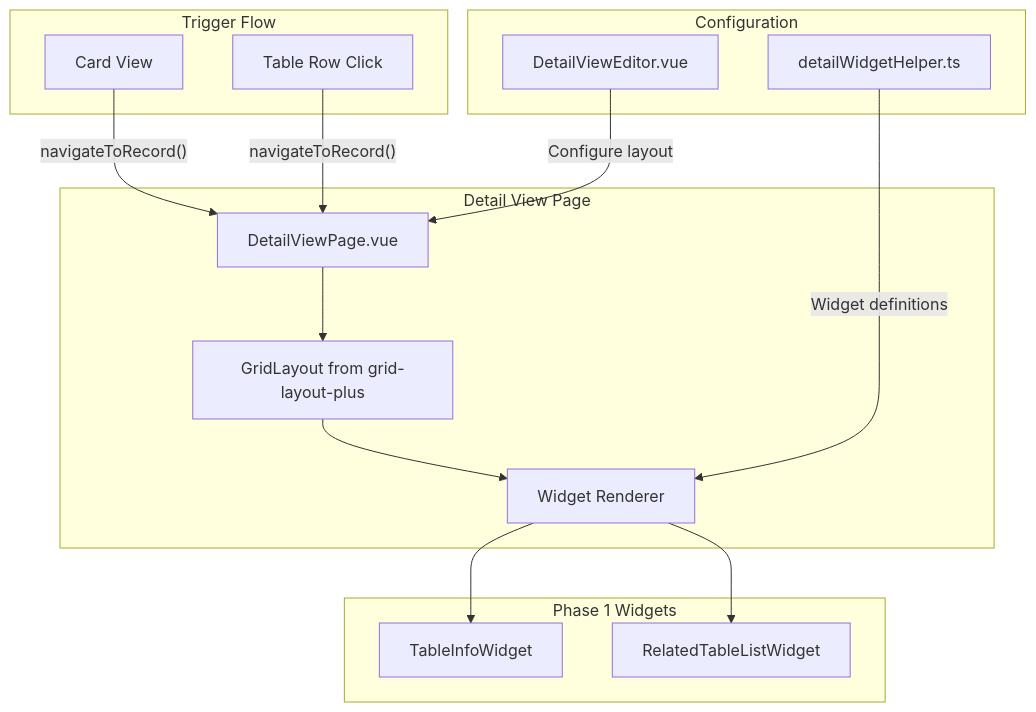
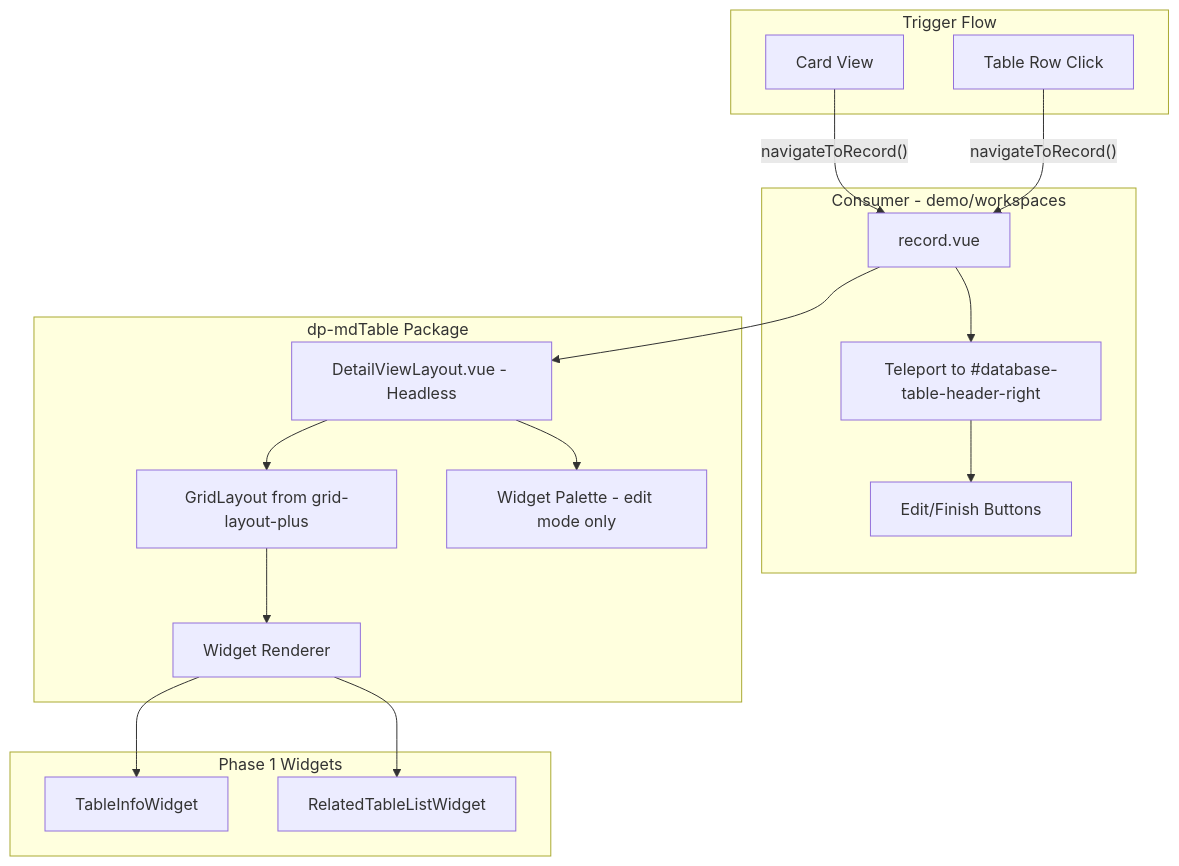
Before and after one commit to hktuto/docpal-v6: the diagram in packages/dp-mdTable/docs/DETAIL_VIEW_PLAN.md, drawn with Mermaid. The commit also changed other lines of this file and 38 other files, not shown here.

````diff
--- a/packages/dp-mdTable/docs/DETAIL_VIEW_PLAN.md
+++ b/packages/dp-mdTable/docs/DETAIL_VIEW_PLAN.md
@@ -21,32 +21,36 @@
 ```mermaid
 flowchart TB
     subgraph trigger [Trigger Flow]
         CardView[Card View]
         TableRow[Table Row Click]
     end
     
-    subgraph detail [Detail View Page]
-        DetailPage[DetailViewPage.vue]
+    subgraph consumer [Consumer - demo/workspaces]
+        RecordVue[record.vue]
+        Teleport[Teleport to #database-table-header-right]
+        EditButtons[Edit/Finish Buttons]
+    end
+    
+    subgraph package [dp-mdTable Package]
+        DetailLayout[DetailViewLayout.vue - Headless]
         GridLayout[GridLayout from grid-layout-plus]
+        WidgetPalette[Widget Palette - edit mode only]
         WidgetRenderer[Widget Renderer]
     end
     
     subgraph widgets [Phase 1 Widgets]
         TableInfo[TableInfoWidget]
         RelatedList[RelatedTableListWidget]
     end
     
-    subgraph config [Configuration]
-        DetailViewEditor[DetailViewEditor.vue]
-        WidgetSettings[detailWidgetHelper.ts]
-    end
-    
-    CardView -->|"navigateToRecord()"| DetailPage
-    TableRow -->|"navigateToRecord()"| DetailPage
-    DetailPage --> GridLayout
+    CardView -->|"navigateToRecord()"| RecordVue
+    TableRow -->|"navigateToRecord()"| RecordVue
+    RecordVue --> Teleport
+    Teleport --> EditButtons
+    RecordVue --> DetailLayout
+    DetailLayout --> GridLayout
+    DetailLayout --> WidgetPalette
     GridLayout --> WidgetRenderer
     WidgetRenderer --> TableInfo
     WidgetRenderer --> RelatedList
-    DetailViewEditor -->|"Configure layout"| DetailPage
-    WidgetSettings -->|"Widget definitions"| WidgetRenderer
 ```
````
